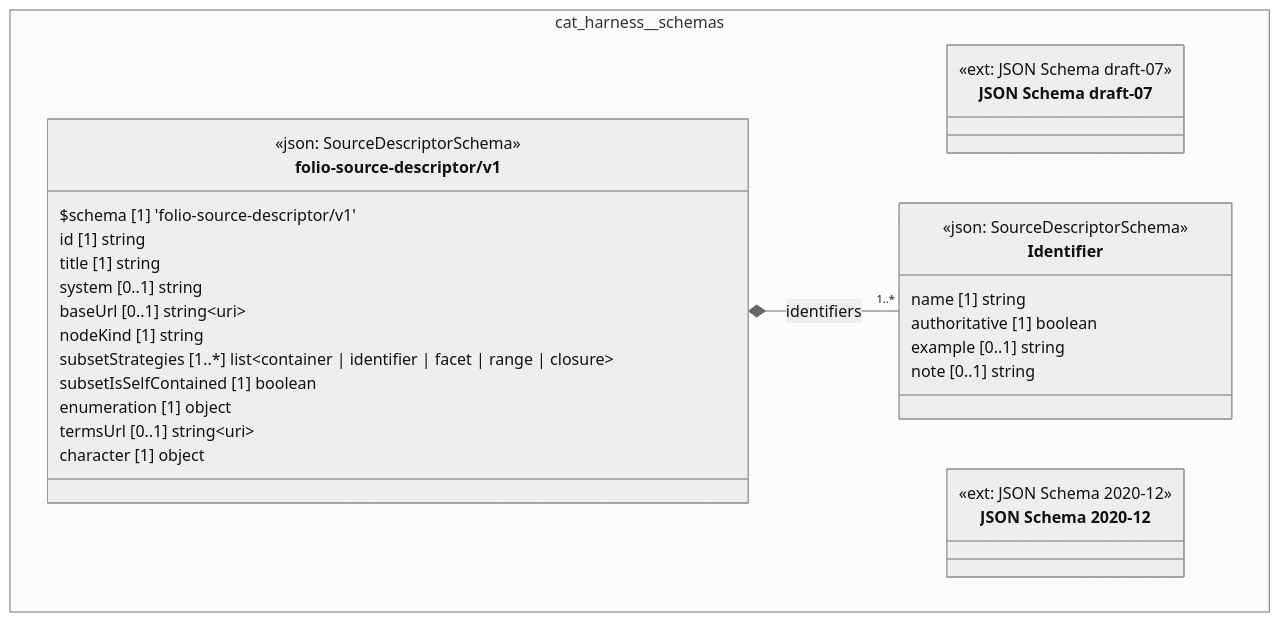
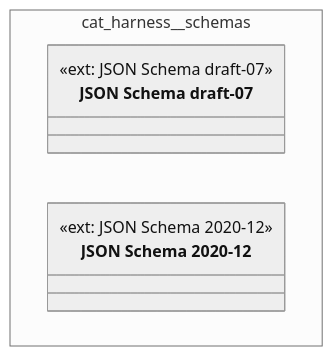
One commit to litlfred/folio-assistant changed the diagram in cat-harness/docs/uml/overview/cat-harness/schemas.md. Above: the diagram before and after it, drawn with Mermaid (neutral theme). The commit also changed other lines of this file and 150 other files, not shown here.

First line of the commit message:
uml: draw only the $schema families a sub-graph actually holds

````diff
--- a/cat-harness/docs/uml/overview/cat-harness/schemas.md
+++ b/cat-harness/docs/uml/overview/cat-harness/schemas.md
@@ -12,38 +12,14 @@
 ```mermaid
 classDiagram
   direction TB
   namespace cat_harness__schemas {
     class cat_harness_schemas_http___json_schema_org_draft_07_schema_["JSON Schema draft-07"] {
       <<ext: JSON Schema draft-07>>
     }
     class cat_harness_schemas_https___json_schema_org_draft_2020_12_schema["JSON Schema 2020-12"] {
       <<ext: JSON Schema 2020-12>>
     }
-    class cat_harness_schemas_folio_source_descriptor_v1_Identifier["Identifier"] {
-      <<json: SourceDescriptorSchema>>
-      name [1] string
-      authoritative [1] boolean
-      example [0..1] string
-      note [0..1] string
-    }
-    class cat_harness_schemas_folio_source_descriptor_v1_folio_source_descriptor_v1["folio-source-descriptor/v1"] {
-      <<json: SourceDescriptorSchema>>
-      $schema [1] 'folio-source-descriptor/v1'
-      id [1] string
-      title [1] string
-      system [0..1] string
-      baseUrl [0..1] string~uri~
-      nodeKind [1] string
-      subsetStrategies [1..*] list~container | identifier | facet | range | closure~
-      subsetIsSelfContained [1] boolean
-      enumeration [1] object
-      termsUrl [0..1] string~uri~
-      character [1] object
-    }
   }
-  cat_harness_schemas_folio_source_descriptor_v1_folio_source_descriptor_v1 *-- "1..*" cat_harness_schemas_folio_source_descriptor_v1_Identifier : identifiers
   cssClass "cat_harness_schemas_http___json_schema_org_draft_07_schema_" fa_uml_kind_schemas
   cssClass "cat_harness_schemas_https___json_schema_org_draft_2020_12_schema" fa_uml_kind_schemas
-  cssClass "cat_harness_schemas_folio_source_descriptor_v1_Identifier" fa_uml_kind_schemas
-  cssClass "cat_harness_schemas_folio_source_descriptor_v1_folio_source_descriptor_v1" fa_uml_kind_schemas
 ```
````
